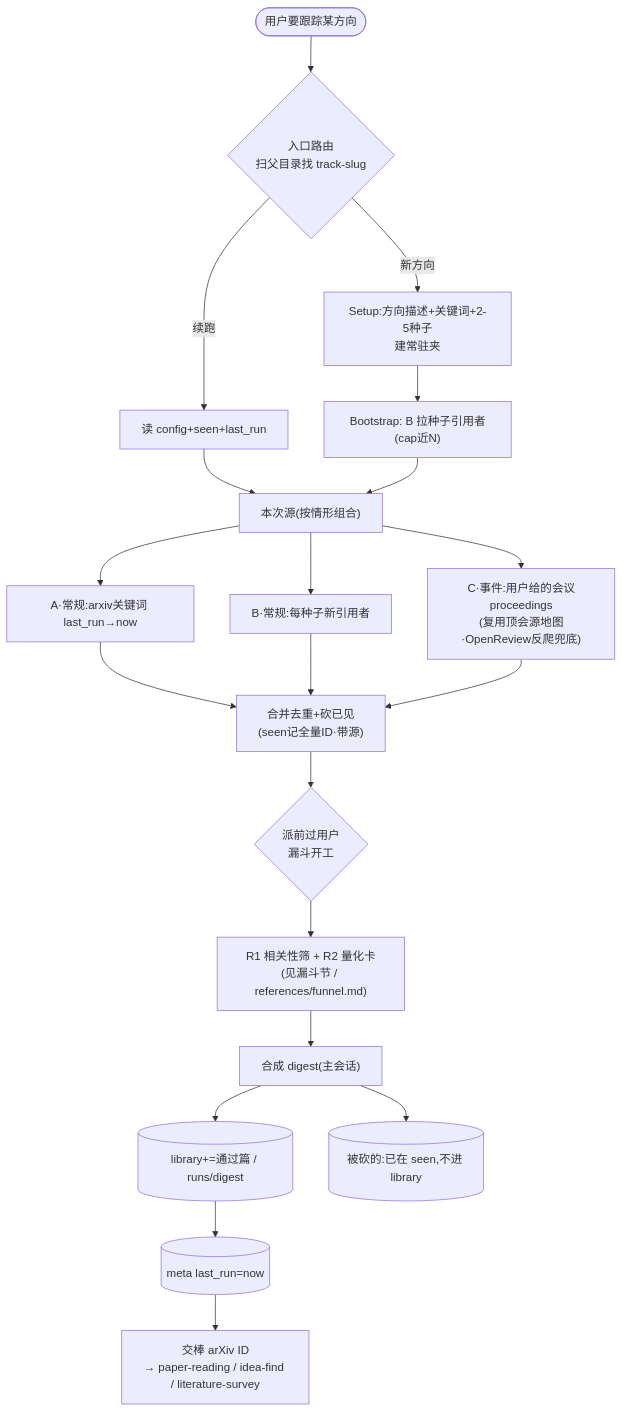
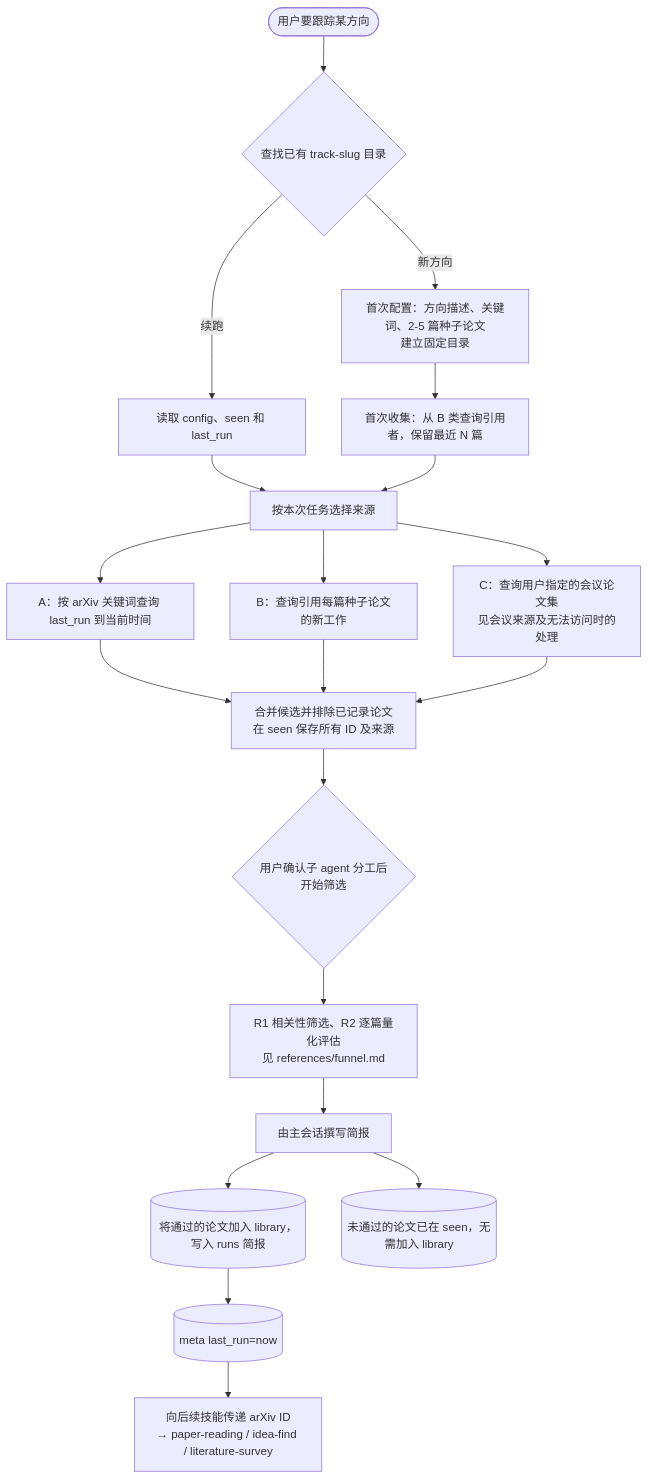
Before and after one commit to jackwang0108/dl-assistant: the second of 3 diagrams in plugins/dl-assistant/skills/direction-tracking/SKILL.md, drawn with Mermaid. The commit also changed other lines of this file and 143 other files, not shown here.

````diff
--- a/plugins/dl-assistant/skills/direction-tracking/SKILL.md
+++ b/plugins/dl-assistant/skills/direction-tracking/SKILL.md
@@ -87,22 +87,22 @@
 ```mermaid
 flowchart TD
-    START(["用户要跟踪某方向"]) --> ROUTE{"入口路由<br/>扫父目录找 track-slug"}
-    ROUTE -->|新方向| SETUP["Setup:方向描述+关键词+2-5种子<br/>建常驻夹"]
-    ROUTE -->|续跑| LOAD["读 config+seen+last_run"]
-    SETUP --> BOOT["Bootstrap: B 拉种子引用者(cap近N)"]
+    START(["用户要跟踪某方向"]) --> ROUTE{"查找已有 track-slug 目录"}
+    ROUTE -->|新方向| SETUP["首次配置：方向描述、关键词、2-5 篇种子论文<br/>建立固定目录"]
+    ROUTE -->|续跑| LOAD["读取 config、seen 和 last_run"]
+    SETUP --> BOOT["首次收集：从 B 类查询引用者，保留最近 N 篇"]
     LOAD --> GATHER
     BOOT --> GATHER
-    GATHER["本次源(按情形组合)"] --> A["A·常规:arxiv关键词 last_run→now"]
-    GATHER --> B["B·常规:每种子新引用者"]
-    GATHER --> C["C·事件:用户给的会议proceedings<br/>(复用顶会源地图·OpenReview反爬兜底)"]
-    A --> DEDUP["合并去重+砍已见<br/>(seen记全量ID·带源)"]
+    GATHER["按本次任务选择来源"] --> A["A：按 arXiv 关键词查询 last_run 到当前时间"]
+    GATHER --> B["B：查询引用每篇种子论文的新工作"]
+    GATHER --> C["C：查询用户指定的会议论文集<br/>见会议来源及无法访问时的处理"]
+    A --> DEDUP["合并候选并排除已记录论文<br/>在 seen 保存所有 ID 及来源"]
     B --> DEDUP
     C --> DEDUP
-    DEDUP --> GATE{"派前过用户<br/>漏斗开工"}
-    GATE --> R1R2["R1 相关性筛 + R2 量化卡<br/>(见漏斗节 / references/funnel.md)"]
-    R1R2 --> SYN["合成 digest(主会话)"]
-    SYN --> ACC[("library+=通过篇 / runs/digest")]
-    SYN --> REJ[("被砍的:已在 seen,不进 library")]
+    DEDUP --> GATE{"用户确认子 agent 分工后<br/>开始筛选"}
+    GATE --> R1R2["R1 相关性筛选、R2 逐篇量化评估<br/>见 references/funnel.md"]
+    R1R2 --> SYN["由主会话撰写简报"]
+    SYN --> ACC[("将通过的论文加入 library，写入 runs 简报")]
+    SYN --> REJ[("未通过的论文已在 seen，无需加入 library")]
     ACC --> META[("meta last_run=now")]
-    META --> HAND["交棒 arXiv ID<br/>→ paper-reading / idea-find / literature-survey"]
+    META --> HAND["向后续技能传递 arXiv ID<br/>→ paper-reading / idea-find / literature-survey"]
 ```
````
